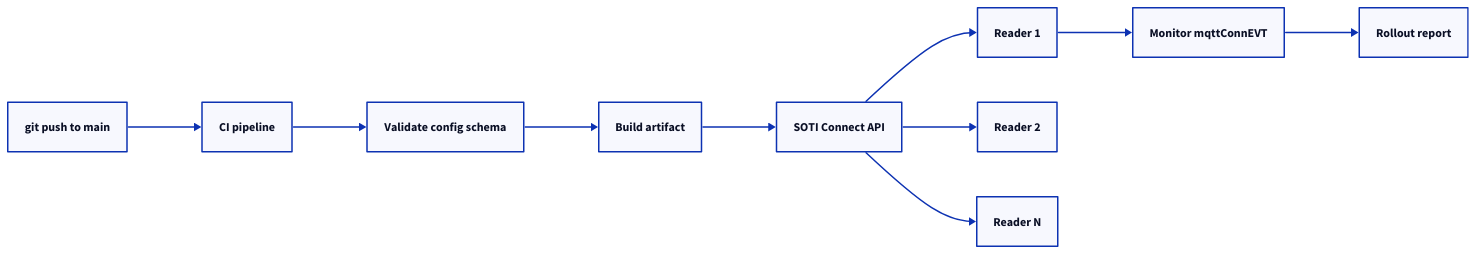
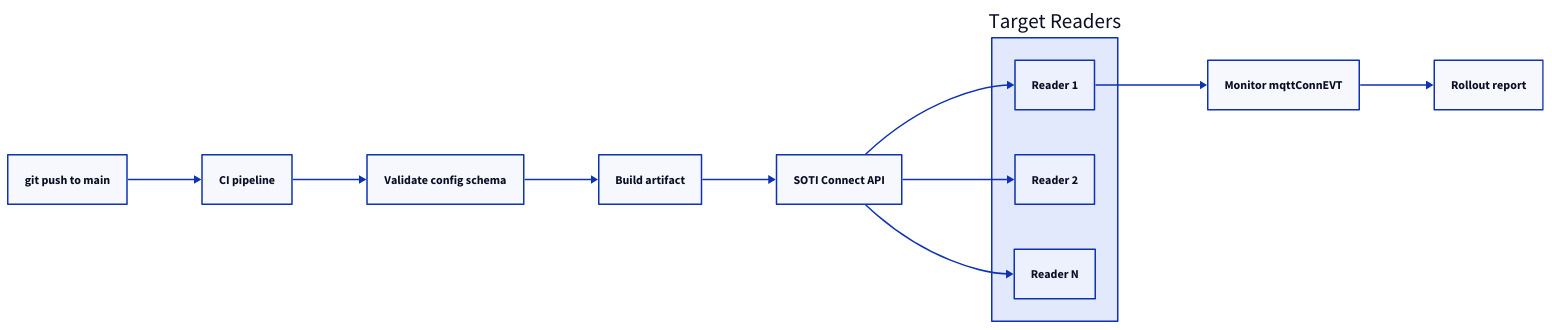
The diagram in docs/fleet/provisioning/automation.md (admiral-ai/zebra-handheld-rfid-iotc), drawn with D2 before and after one commit. The commit also changed 40 other files, not shown here.

First line of the commit message:
Redesign all 54 D2 diagrams to a unified visual system

````diff
--- a/docs/fleet/provisioning/automation.md
+++ b/docs/fleet/provisioning/automation.md
@@ -58,22 +58,25 @@
 ```d2
 direction: right
 Push: git push to main
 CI: CI pipeline
 V: Validate config schema
 Build: Build artifact
 SOTI: SOTI Connect API
-R1: Reader 1
-R2: Reader 2
-Rn: Reader N
+fleet: Target Readers {
+  R1: Reader 1
+  R2: Reader 2
+  Rn: Reader N
+}
 Mon: Monitor mqttConnEVT
 Rep: Rollout report
 Push -> CI
 CI -> V
 V -> Build
 Build -> SOTI
-SOTI -> R1
-SOTI -> R2
-SOTI -> Rn
-R1 -> Mon
+SOTI -> fleet.R1
+SOTI -> fleet.R2
+SOTI -> fleet.Rn
+fleet.R1 -> Mon
 Mon -> Rep
+
 ```
````
